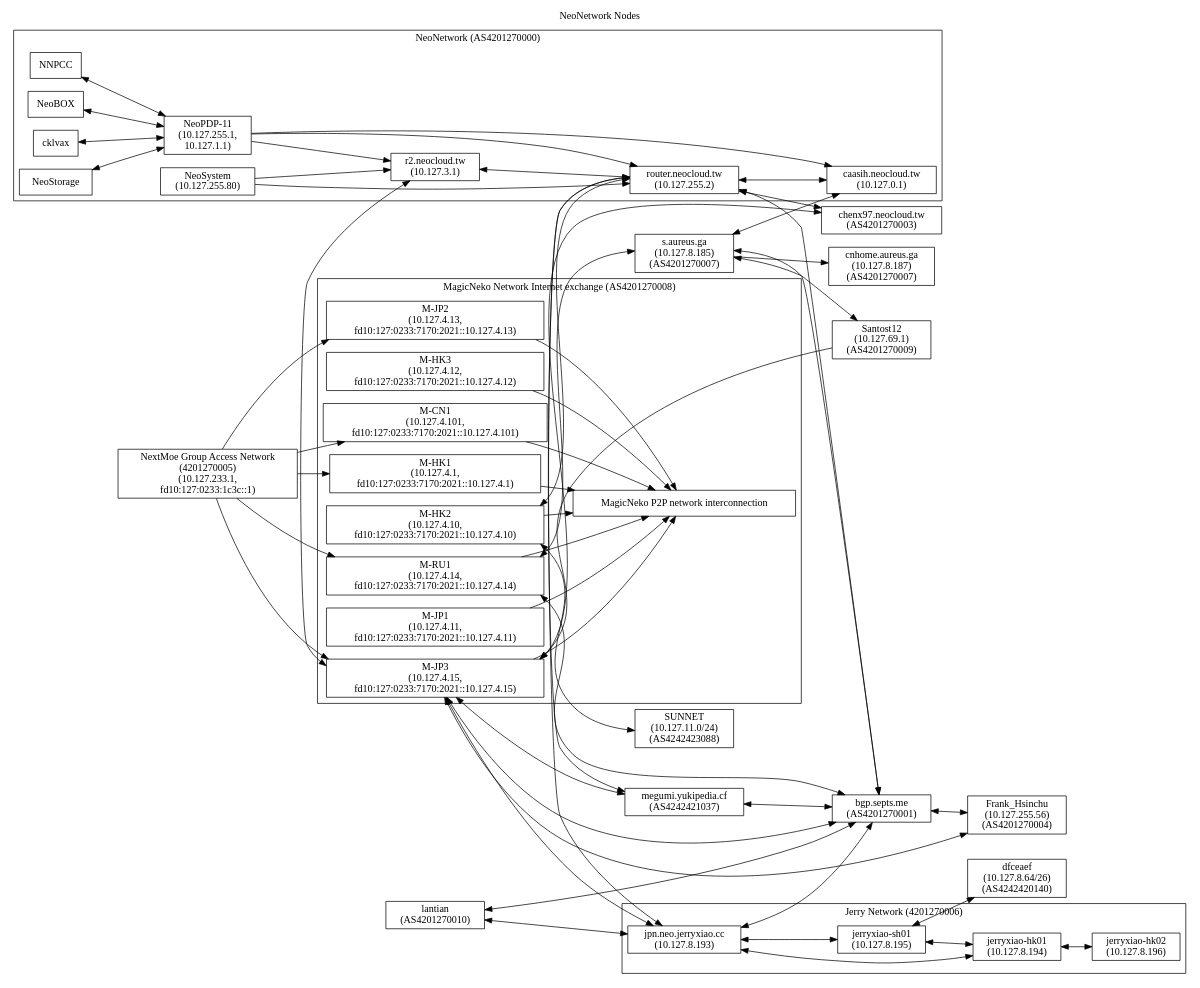
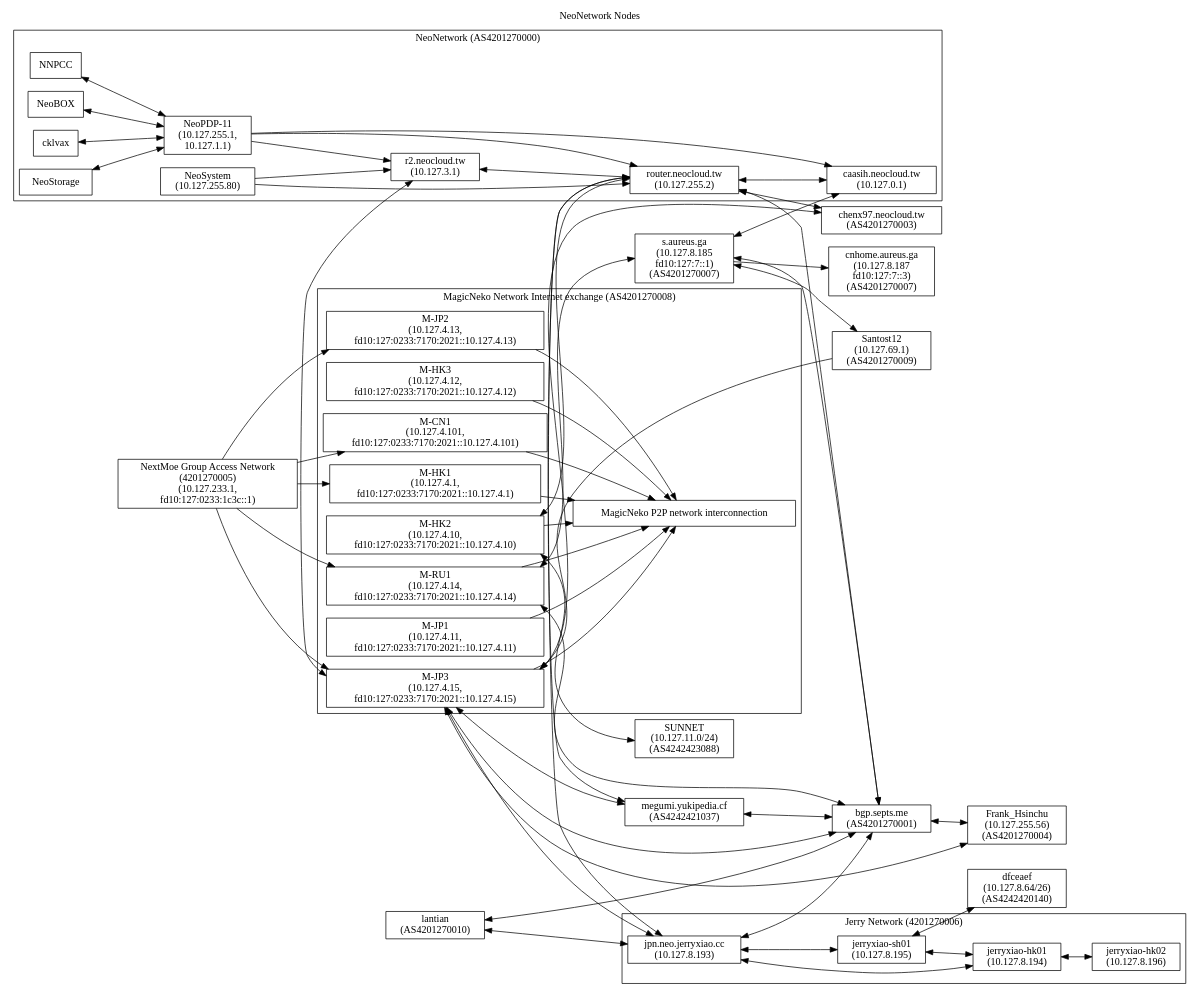
One commit to NeoCloud/NeoNetwork changed the diagram in nodes.dot. Above: the diagram before and after it, drawn with Graphviz. The commit also changed 1 other file, not shown here.

```diff
--- a/nodes.dot
+++ b/nodes.dot
@@ -1,109 +1,109 @@
 digraph "NeoNetwork Nodes"
 {
 	label="NeoNetwork Nodes";
 	labelloc="t";
 	rankdir=LR;
 	node [shape=box]
 	c [label="caasih.neocloud.tw\n(10.127.0.1)"]
 	ucbvax [label="router.neocloud.tw\n(10.127.255.2)"]
 	np11 [label="NeoPDP-11\n(10.127.255.1,\n10.127.1.1)"]
 	ns [label="NeoSystem\n(10.127.255.80)"]
 	megumiLHS [label="megumi.yukipedia.cf\n(AS4242421037)"]
 	pan [label="r2.neocloud.tw\n(10.127.3.1)"]
 	icecat_Explosion [label="MagicNeko P2P network interconnection"]
 	icecat_Notebook [label="NextMoe Group Access Network\n(4201270005)\n(10.127.233.1,\nfd10:127:0233:1c3c::1)"]
 	magicneko_HK01 [label="M-HK1\n(10.127.4.1,\nfd10:127:0233:7170:2021::10.127.4.1)"]
 	magicneko_HK02 [label="M-HK2\n(10.127.4.10,\nfd10:127:0233:7170:2021::10.127.4.10)"]
 	magicneko_JP01 [label="M-JP1\n(10.127.4.11,\nfd10:127:0233:7170:2021::10.127.4.11)"]
 	magicneko_HK03 [label="M-HK3\n(10.127.4.12,\nfd10:127:0233:7170:2021::10.127.4.12)"]
 	magicneko_JP02 [label="M-JP2\n(10.127.4.13,\nfd10:127:0233:7170:2021::10.127.4.13)"]
 	magicneko_RU01 [label="M-RU1\n(10.127.4.14,\nfd10:127:0233:7170:2021::10.127.4.14)"]
 	magicneko_JP03 [label="M-JP3\n(10.127.4.15,\nfd10:127:0233:7170:2021::10.127.4.15)"]
 	magicneko_CN01 [label="M-CN1\n(10.127.4.101,\nfd10:127:0233:7170:2021::10.127.4.101)"]
-	staph [label="s.aureus.ga\n(10.127.8.185)\n(AS4201270007)"]
-	staph_CN [label="cnhome.aureus.ga\n(10.127.8.187)\n(AS4201270007)"]
+	staph [label="s.aureus.ga\n(10.127.8.185\nfd10:127:7::1)\n(AS4201270007)"]
+	staph_CN [label="cnhome.aureus.ga\n(10.127.8.187\nfd10:127:7::3)\n(AS4201270007)"]
 	chenx97 [label="chenx97.neocloud.tw\n(AS4201270003)"]
 	JerryXiao [label="jpn.neo.jerryxiao.cc\n(10.127.8.193)"]
 	JerryXiao_SH01 [label="jerryxiao-sh01\n(10.127.8.195)"]
 	JerryXiao_HK01 [label="jerryxiao-hk01\n(10.127.8.194)"]
 	JerryXiao_HK02 [label="jerryxiao-hk02\n(10.127.8.196)"]
 	septs [label="bgp.septs.me\n(AS4201270001)"]
 	lantian [label="lantian\n(AS4201270010)"]
 	dfceaef [label="dfceaef\n(10.127.8.64/26)\n(AS4242420140)"]
 	SUNNET [label="SUNNET\n(10.127.11.0/24)\n(AS4242423088)"]
 	santost12 [label="Santost12\n(10.127.69.1)\n(AS4201270009)"]
 	frank_hsinchu [label="Frank_Hsinchu\n(10.127.255.56)\n(AS4201270004)"]
 
 	subgraph cluster_AS4201270000
 	{
 		label = "NeoNetwork (AS4201270000)";
 
 		NNPCC -> np11 [dir=both]
 		NeoBOX -> np11 [dir=both]
 		cklvax -> np11 [dir=both]
 		NeoStorage -> np11 [dir=both]
 		np11 -> ucbvax
 		np11 -> pan
 		np11 -> c
 		ucbvax -> c [dir=both]
 		ns -> ucbvax
 		ns -> pan
 		pan -> ucbvax [dir=both]
 	}
 
 	megumiLHS -> ucbvax [dir=both]
 	magicneko_HK02 -> ucbvax [dir=both]
 	c -> staph [dir=both]
 	staph -> staph_CN
 	ucbvax -> chenx97 [dir=both]
 
 	subgraph cluster_4201270008
 	{
 		label="MagicNeko Network Internet exchange (AS4201270008)";
 
 		magicneko_HK01 -> icecat_Explosion
 		magicneko_HK02 -> icecat_Explosion
 		magicneko_JP01 -> icecat_Explosion
 		magicneko_HK03 -> icecat_Explosion
 		magicneko_JP02 -> icecat_Explosion
 		magicneko_RU01 -> icecat_Explosion
 		magicneko_JP03 -> icecat_Explosion
 		magicneko_CN01 -> icecat_Explosion
 	}
 
 	subgraph cluster_4201270006
 	{
 		label="Jerry Network (4201270006)";
 
 		JerryXiao -> JerryXiao_SH01 [dir=both]
 		JerryXiao -> JerryXiao_HK01 [dir=both]
 		JerryXiao_SH01 -> JerryXiao_HK01 [dir=both]
 		JerryXiao_HK01 -> JerryXiao_HK02 [dir=both]
 	}
 
 	JerryXiao -> ucbvax [dir=both]
 	JerryXiao -> septs [dir=both]
 	JerryXiao_SH01 -> dfceaef [dir=both]
 	magicneko_JP03 -> JerryXiao [dir=both]
 	lantian -> septs [dir=both]
 	lantian -> JerryXiao [dir=both]
 	magicneko_JP03 -> septs [dir=both]
 	staph -> septs [dir=both]
 	ucbvax -> septs [dir=both]
 	magicneko_JP03 -> chenx97 [dir=both]
 	magicneko_RU01 -> staph [dir=both]
 	megumiLHS -> septs [dir=both]
 	magicneko_HK02 -> SUNNET [dir=both]
 	staph -> santost12 [dir=both]
 	magicneko_RU01 -> septs [dir=both]
 	magicneko_JP03 -> megumiLHS [dir=both]
 	magicneko_JP03 -> frank_hsinchu [dir=both]
 	septs	->	frank_hsinchu	[dir=both]
 	icecat_Notebook -> magicneko_HK01
 	icecat_Notebook -> magicneko_JP03
 	icecat_Notebook -> magicneko_RU01
 	icecat_Notebook -> magicneko_CN01
 	icecat_Notebook -> magicneko_JP02
 	santost12	-> magicneko_JP03
 	pan -> magicneko_JP03 [dir=both]
 }
```
